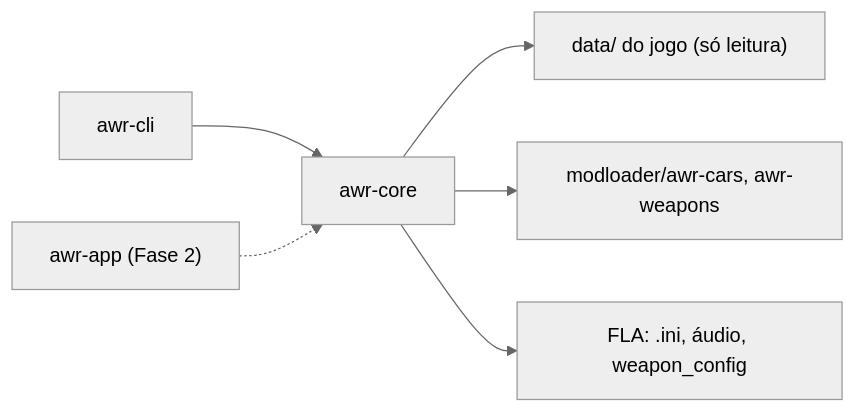
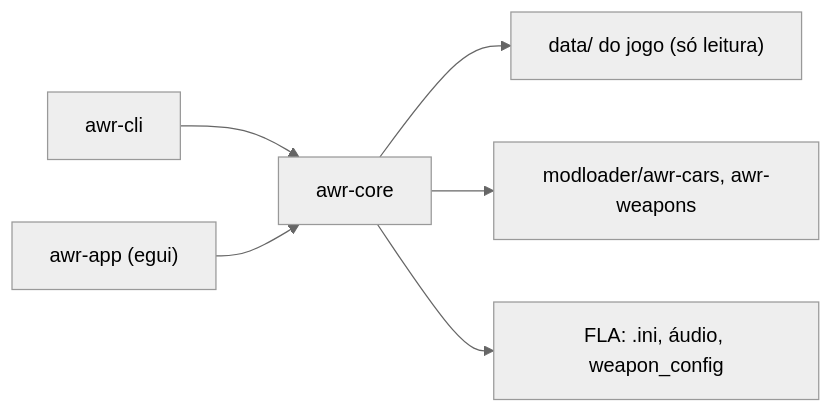
Before and after one commit to josemurilors/SAAWR: the diagram in README.md, drawn with Mermaid (neutral theme). The commit also changed other lines of this file and 2 other files, not shown here.

````diff
--- a/README.md
+++ b/README.md
@@ -73,8 +80,8 @@
 ```mermaid
 flowchart LR
     CLI["awr-cli"] --> CORE["awr-core"]
-    APP["awr-app (Fase 2)"] -.-> CORE
+    APP["awr-app (egui)"] --> CORE
     CORE --> GAME["data/ do jogo (só leitura)"]
     CORE --> ML["modloader/awr-cars, awr-weapons"]
     CORE --> FLA["FLA: .ini, áudio, weapon_config"]
 ```
````
